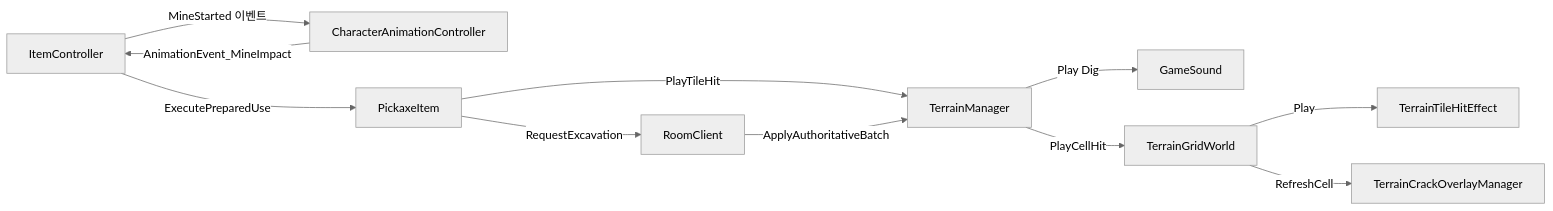
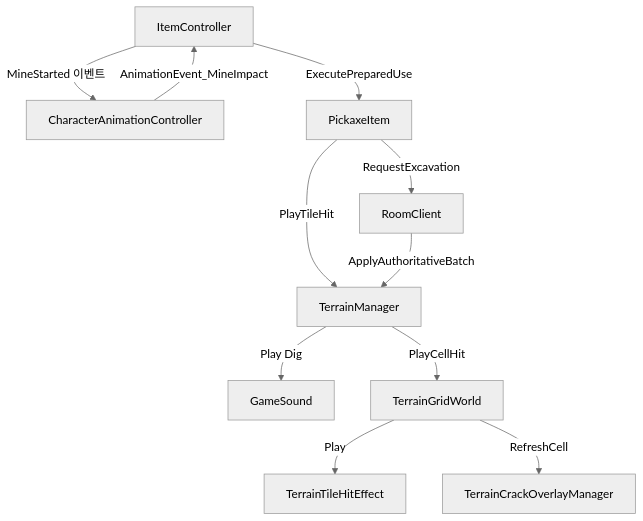
The diagram in src/1-folk-sack/기술문서.md (ashadeveloperr/ashadeveloperr.github.io), drawn with Mermaid (neutral theme) before and after one commit. The commit also changed other lines of this file and 12 other files, not shown here.

Commit message:
영상 링크·고민과 선택 비교표·다이어그램 ELK 배치·화면 밝기(다크 모드) 전환

````diff
--- a/src/1-folk-sack/기술문서.md
+++ b/src/1-folk-sack/기술문서.md
@@ -64,13 +64,13 @@
 ```mermaid
-flowchart LR
+flowchart TB
   IC["ItemController"] -->|"MineStarted 이벤트"| CAC["CharacterAnimationController"]
   CAC -->|"AnimationEvent_MineImpact"| IC
   IC -->|"ExecutePreparedUse"| PI["PickaxeItem"]
   PI -->|"RequestExcavation"| RC["RoomClient"]
   PI -->|"PlayTileHit"| TM["TerrainManager"]
   RC -->|"ApplyAuthoritativeBatch"| TM
   TM -->|"Play Dig"| GS["GameSound"]
   TM -->|"PlayCellHit"| TGW["TerrainGridWorld"]
   TGW -->|"Play"| THE["TerrainTileHitEffect"]
   TGW -->|"RefreshCell"| TCO["TerrainCrackOverlayManager"]
 ```
````
